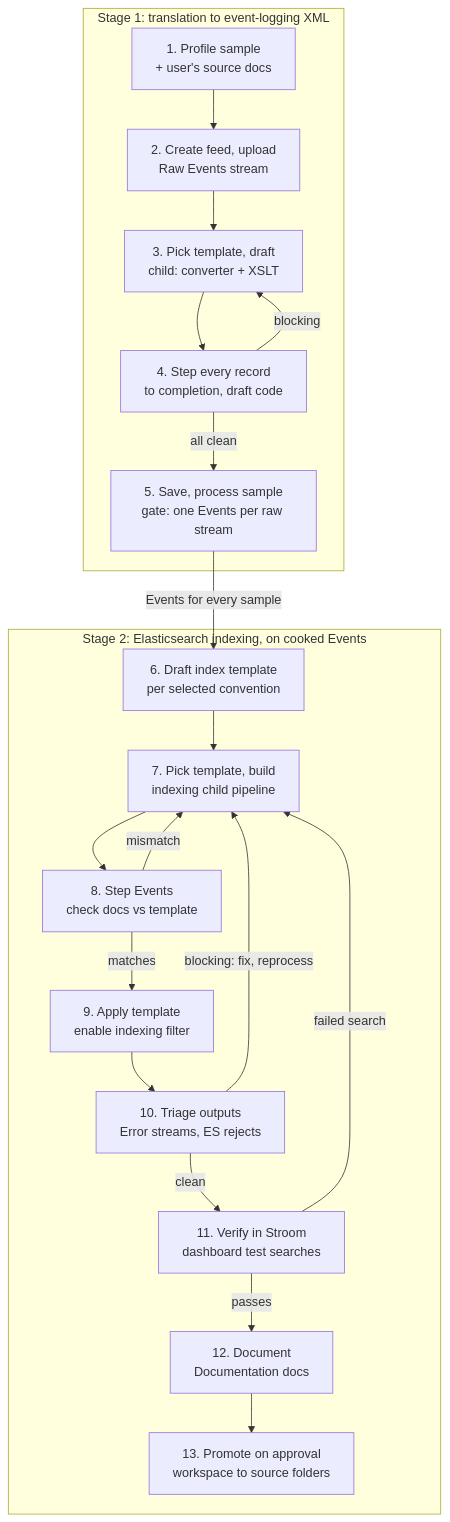
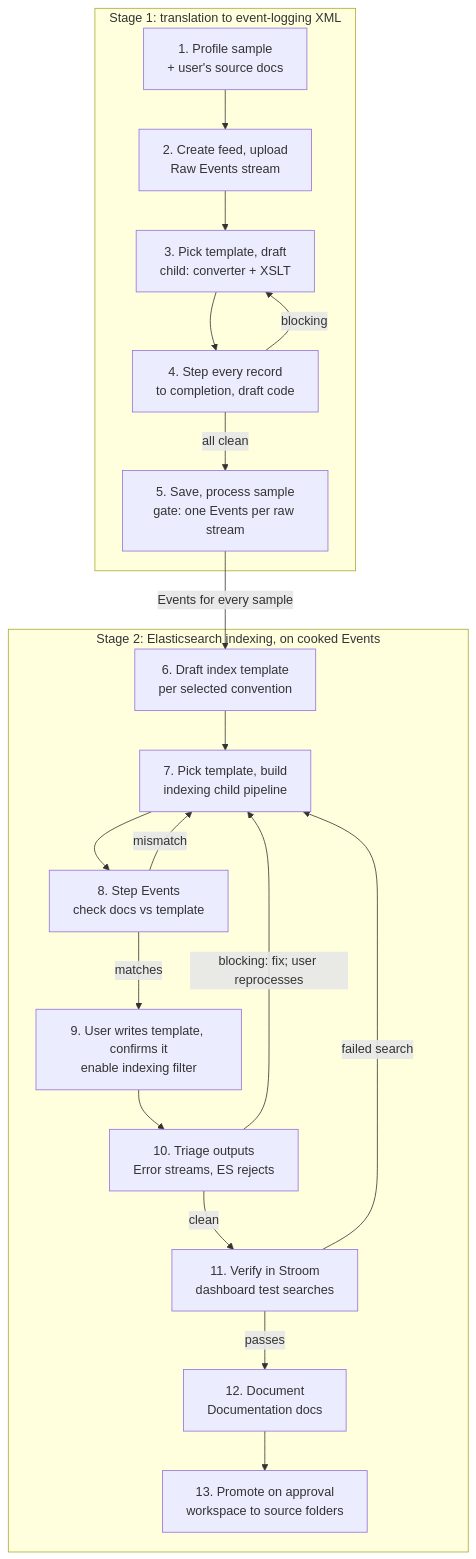
The first of 3 diagrams in docs/DESIGN.md (gradata-systems/stroom-fastmcp-server), drawn with Mermaid before and after one commit. The commit also changed other lines of this file and 26 other files, not shown here.

````diff
--- a/docs/DESIGN.md
+++ b/docs/DESIGN.md
@@ -30,23 +30,23 @@
 ```mermaid
 flowchart TD
     subgraph S1[Stage 1: translation to event-logging XML]
         A[1. Profile sample<br/>+ user's source docs] --> B[2. Create feed, upload<br/>Raw Events stream]
         B --> C[3. Pick template, draft<br/>child: converter + XSLT]
         C --> D[4. Step every record<br/>to completion, draft code]
         D -- blocking --> C
         D -- all clean --> E[5. Save, process sample<br/>gate: one Events per raw stream]
     end
     subgraph S2[Stage 2: Elasticsearch indexing, on cooked Events]
         F[6. Draft index template<br/>per selected convention] --> G[7. Pick template, build<br/>indexing child pipeline]
         G --> H[8. Step Events<br/>check docs vs template]
         H -- mismatch --> G
-        H -- matches --> I[9. Apply template<br/>enable indexing filter]
+        H -- matches --> I[9. User writes template, confirms it<br/>enable indexing filter]
         I --> J[10. Triage outputs<br/>Error streams, ES rejects]
-        J -- blocking: fix, reprocess --> G
+        J -- blocking: fix; user reprocesses --> G
         J -- clean --> K[11. Verify in Stroom<br/>dashboard test searches]
         K -- passes --> L[12. Document<br/>Documentation docs]
         L --> M[13. Promote on approval<br/>workspace to source folders]
         K -- failed search --> G
     end
     E -- Events for every sample --> F
 ```
````
